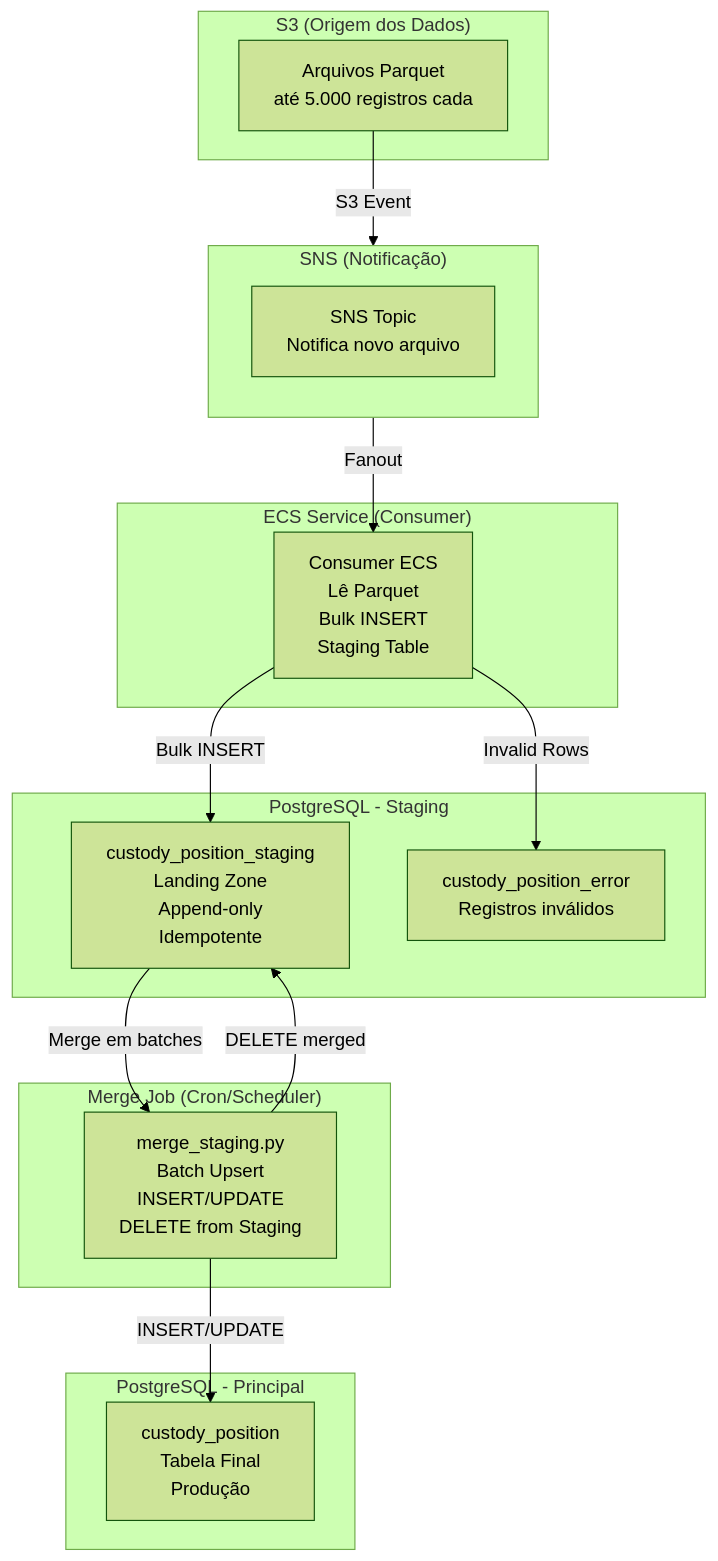
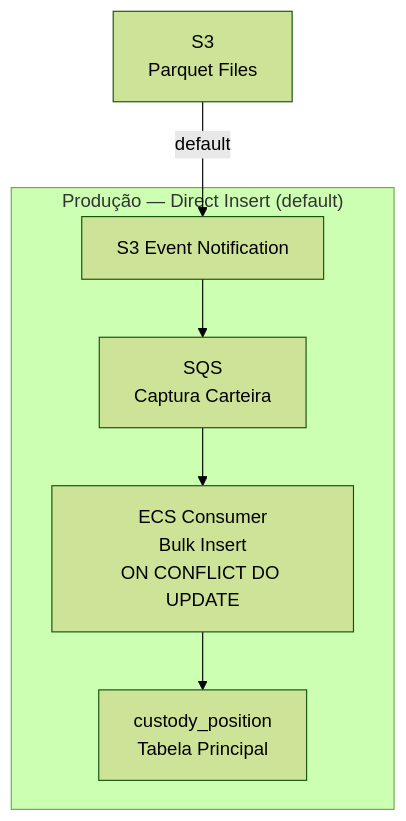
Before and after one commit to ortizgui/poc-parquet-staging-postgresql: the diagram in README.md, drawn with Mermaid (forest theme). The commit also changed other lines of this file and 22 other files, not shown here.

First line of the commit message:
feat: migrate ECS worker from Python to .NET 10 + direct insert flow (#10)

````diff
--- a/README.md
+++ b/README.md
@@ -7,35 +7,12 @@
 ```mermaid
 flowchart TD
-    subgraph S3 ["S3 (Origem dos Dados)"]
-        PARQUET[Arquivos Parquet<br/>até 5.000 registros cada]
+    S3_BUCKET[S3<br/>Parquet Files]
+    
+    subgraph DIRECT ["Produção — Direct Insert (default)"]
+        S3_EVENT[S3 Event Notification] --> SQS_DIRECT[SQS<br/>Captura Carteira]
+        SQS_DIRECT --> ECS_CONSUMER[ECS Consumer<br/>Bulk Insert<br/>ON CONFLICT DO UPDATE]
+        ECS_CONSUMER --> PRINCIPAL_DIRECT[custody_position<br/>Tabela Principal]
     end
 
-    subgraph SNS ["SNS (Notificação)"]
-        NOTIFICATION[SNS Topic<br/>Notifica novo arquivo]
-    end
-
-    subgraph ECS ["ECS Service (Consumer)"]
-        CONSUMER[Consumer ECS<br/>Lê Parquet<br/>Bulk INSERT<br/>Staging Table]
-    end
-
-    subgraph STAGING ["PostgreSQL - Staging"]
-        STAGING_TABLE[custody_position_staging<br/>Landing Zone<br/>Append-only<br/>Idempotente]
-        ERROR_TABLE[custody_position_error<br/>Registros inválidos]
-    end
-
-    subgraph CRON ["Merge Job (Cron/Scheduler)"]
-        MERGE[merge_staging.py<br/>Batch Upsert<br/>INSERT/UPDATE<br/>DELETE from Staging]
-    end
-
-    subgraph PRINCIPAL ["PostgreSQL - Principal"]
-        FINAL_TABLE[custody_position<br/>Tabela Final<br/>Produção]
-    end
-
-    PARQUET -->|S3 Event| SNS
-    SNS -->|Fanout| CONSUMER
-    CONSUMER -->|Bulk INSERT| STAGING_TABLE
-    CONSUMER -->|Invalid Rows| ERROR_TABLE
-    STAGING_TABLE -->|Merge em batches| MERGE
-    MERGE -->|INSERT/UPDATE| FINAL_TABLE
-    MERGE -->|DELETE merged| STAGING_TABLE
+    S3_BUCKET -->|default| S3_EVENT
 ```
````
